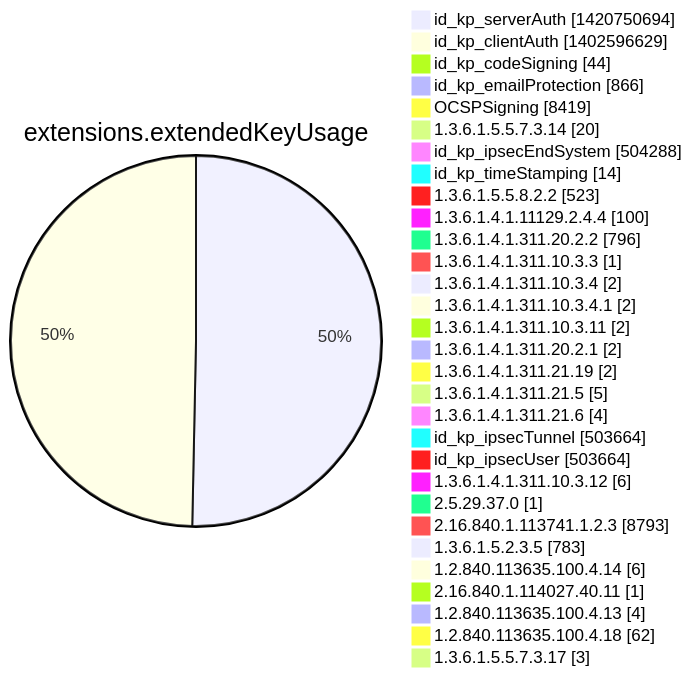
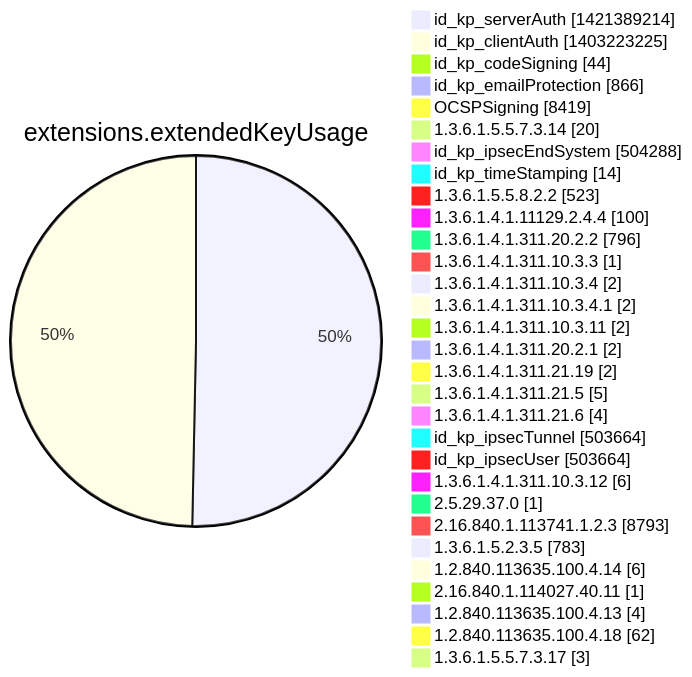
One commit to christiankrug/ctmonitor_visualization changed diagram 12 of 15 in argon2022/README.md. Above: the diagram before and after it, drawn with Mermaid. The commit also changed other lines of this file, not shown here.

````diff
--- a/argon2022/README.md
+++ b/argon2022/README.md
@@ -3555,34 +3555,34 @@
 ```mermaid
 pie showData
 title extensions.extendedKeyUsage
-"id_kp_serverAuth" :1420750694
-"id_kp_clientAuth" :1402596629
+"id_kp_serverAuth" :1421389214
+"id_kp_clientAuth" :1403223225
 "id_kp_codeSigning" :44
 "id_kp_emailProtection" :866
 "OCSPSigning" :8419
 "1.3.6.1.5.5.7.3.14" :20
 "id_kp_ipsecEndSystem" :504288
 "id_kp_timeStamping" :14
 "1.3.6.1.5.5.8.2.2" :523
 "1.3.6.1.4.1.11129.2.4.4" :100
 "1.3.6.1.4.1.311.20.2.2" :796
 "1.3.6.1.4.1.311.10.3.3" :1
 "1.3.6.1.4.1.311.10.3.4" :2
 "1.3.6.1.4.1.311.10.3.4.1" :2
 "1.3.6.1.4.1.311.10.3.11" :2
 "1.3.6.1.4.1.311.20.2.1" :2
 "1.3.6.1.4.1.311.21.19" :2
 "1.3.6.1.4.1.311.21.5" :5
 "1.3.6.1.4.1.311.21.6" :4
 "id_kp_ipsecTunnel" :503664
 "id_kp_ipsecUser" :503664
 "1.3.6.1.4.1.311.10.3.12" :6
 "2.5.29.37.0" :1
 "2.16.840.1.113741.1.2.3" :8793
 "1.3.6.1.5.2.3.5" :783
 "1.2.840.113635.100.4.14" :6
 "2.16.840.1.114027.40.11" :1
 "1.2.840.113635.100.4.13" :4
 "1.2.840.113635.100.4.18" :62
 "1.3.6.1.5.5.7.3.17" :3
 ```
````
